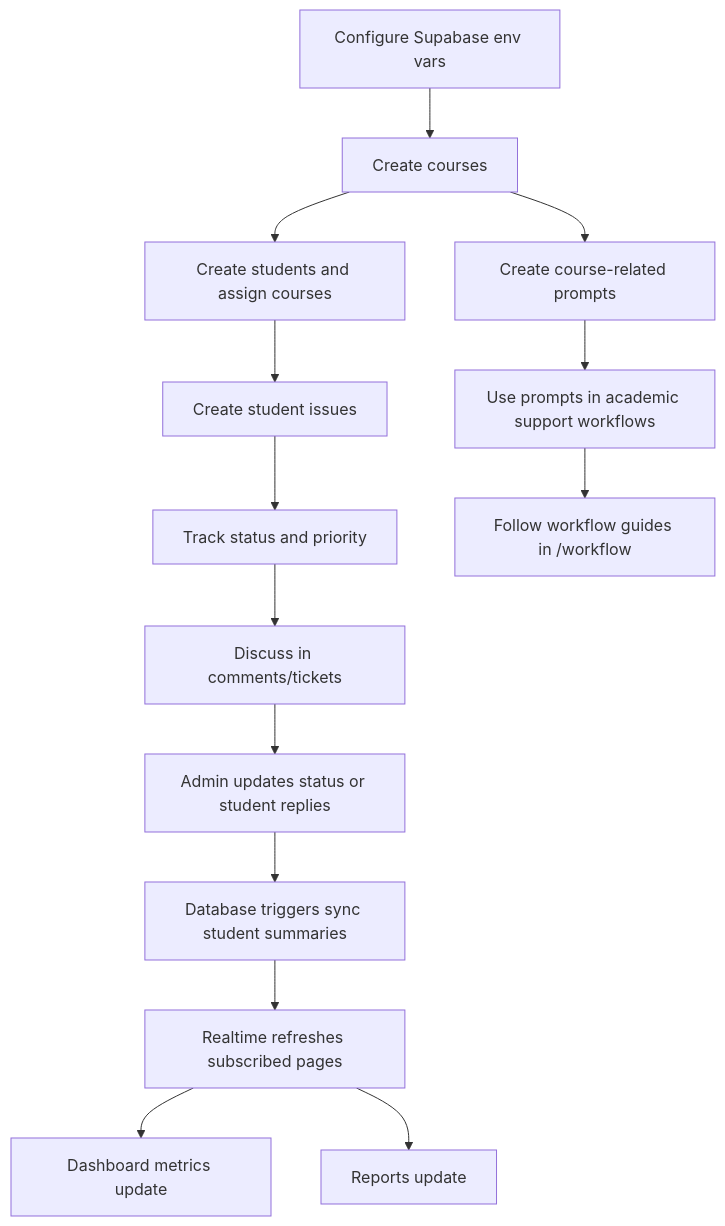
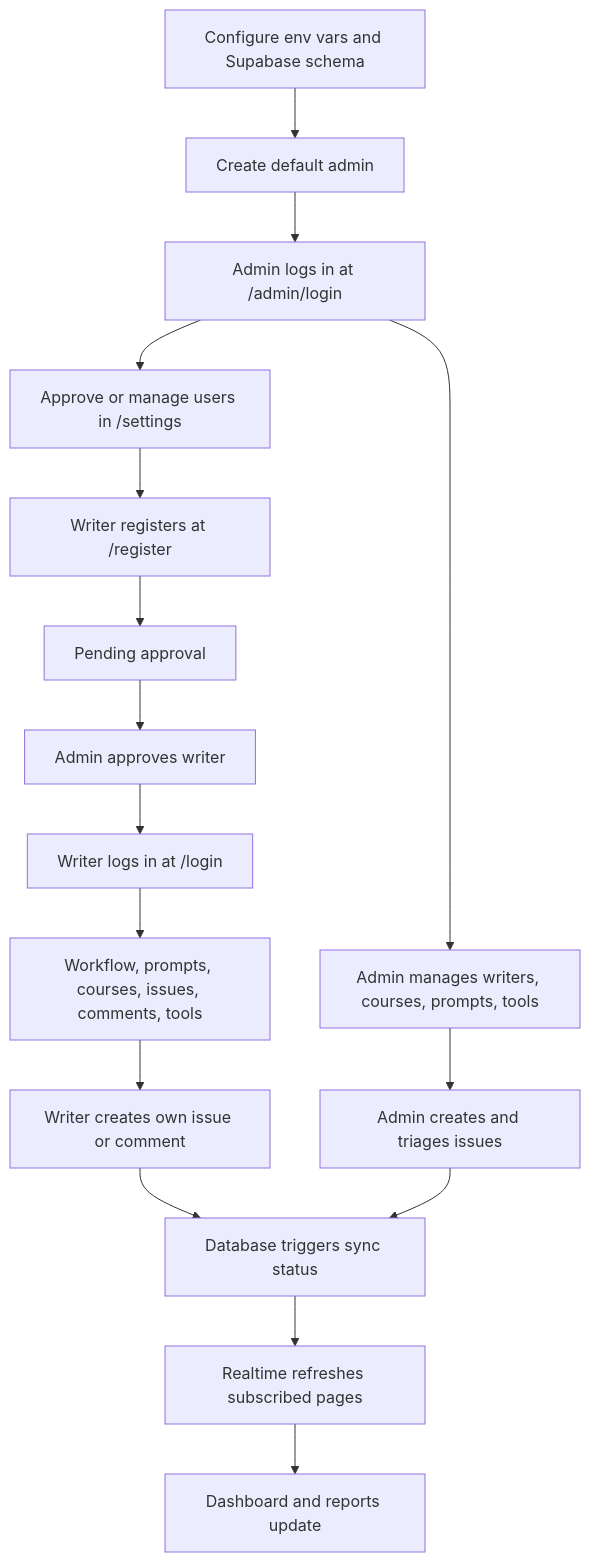
One commit to muhammadjamshed7/Assignmentwork changed diagram 17 of 17 in SYSTEM_FLOW.md. Above: the diagram before and after it, drawn with Mermaid. The commit also changed other lines of this file and 18 other files, not shown here.

````diff
--- a/SYSTEM_FLOW.md
+++ b/SYSTEM_FLOW.md
@@ -589,16 +654,18 @@
 ```mermaid
 flowchart TD
-  ConfigureSupabase[Configure Supabase env vars] --> AddCourses[Create courses]
-  AddCourses --> AddStudents[Create students and assign courses]
-  AddStudents --> AddIssues[Create student issues]
-  AddIssues --> Triage[Track status and priority]
-  Triage --> Comments[Discuss in comments/tickets]
-  Comments --> StatusUpdates[Admin updates status or student replies]
-  StatusUpdates --> DbTriggers[Database triggers sync student summaries]
+  Setup[Configure env vars and Supabase schema] --> SeedAdmin[Create default admin]
+  SeedAdmin --> AdminLogin[Admin logs in at /admin/login]
+  AdminLogin --> UserMgmt[Approve or manage users in /settings]
+  UserMgmt --> WriterRegister[Writer registers at /register]
+  WriterRegister --> Pending[Pending approval]
+  Pending --> Approve[Admin approves writer]
+  Approve --> WriterLogin[Writer logs in at /login]
+  WriterLogin --> WriterWorkspace[Workflow, prompts, courses, issues, comments, tools]
+  AdminLogin --> AdminData[Admin manages writers, courses, prompts, tools]
+  AdminData --> Issues[Admin creates and triages issues]
+  WriterWorkspace --> StudentIssue[Writer creates own issue or comment]
+  StudentIssue --> DbTriggers[Database triggers sync status]
+  Issues --> DbTriggers
   DbTriggers --> Realtime[Realtime refreshes subscribed pages]
-  Realtime --> Dashboard[Dashboard metrics update]
-  Realtime --> Reports[Reports update]
-  AddCourses --> Prompts[Create course-related prompts]
-  Prompts --> Support[Use prompts in academic support workflows]
-  Support --> Workflow[Follow workflow guides in /workflow]
+  Realtime --> Dashboard[Dashboard and reports update]
 ```
````
